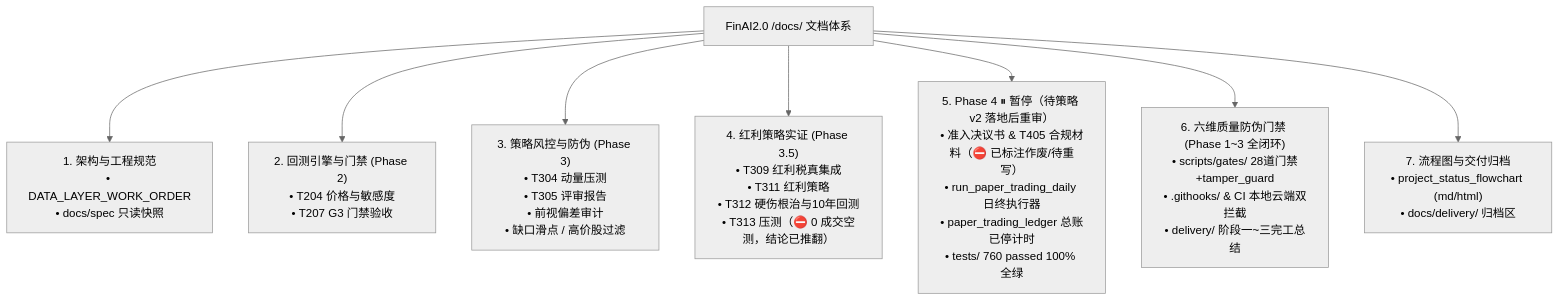
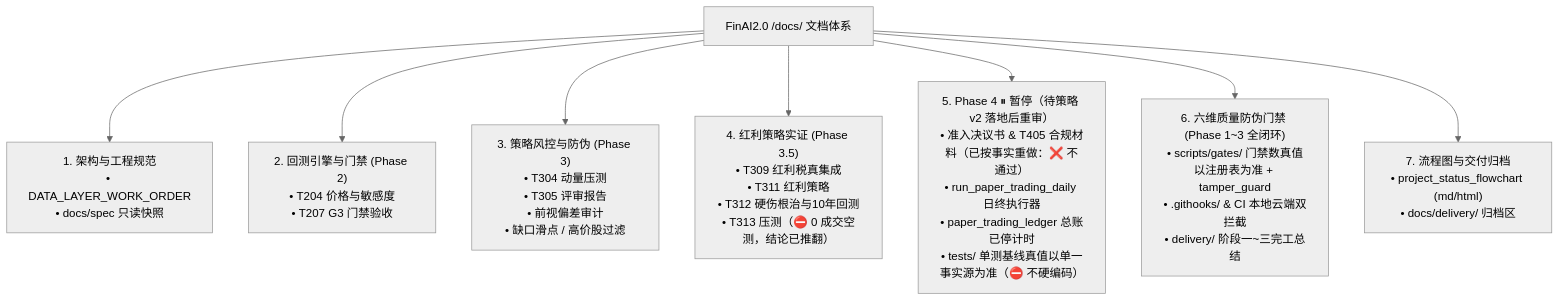
One commit to YZml1507/FinAI2.0 changed the diagram in docs/README.md. Above: the diagram before and after it, drawn with Mermaid (neutral theme). The commit also changed other lines of this file and 14 other files, not shown here.

````diff
--- a/docs/README.md
+++ b/docs/README.md
@@ -13,12 +13,12 @@
 ```mermaid
 flowchart TD
   DOCS["FinAI2.0 /docs/ 文档体系"]
   
   DOCS --> D1["1. 架构与工程规范<br/>• DATA_LAYER_WORK_ORDER<br/>• docs/spec 只读快照"]
   DOCS --> D2["2. 回测引擎与门禁 (Phase 2)<br/>• T204 价格与敏感度<br/>• T207 G3 门禁验收"]
   DOCS --> D3["3. 策略风控与防伪 (Phase 3)<br/>• T304 动量压测<br/>• T305 评审报告<br/>• 前视偏差审计<br/>• 缺口滑点 / 高价股过滤"]
   DOCS --> D4["4. 红利策略实证 (Phase 3.5)<br/>• T309 红利税真集成<br/>• T311 红利策略<br/>• T312 硬伤根治与10年回测<br/>• T313 压测（⛔ 0 成交空测，结论已推翻）"]
-  DOCS --> D5["5. Phase 4 ⏸ 暂停（待策略 v2 落地后重审）<br/>• 准入决议书 & T405 合规材料（⛔ 已标注作废/待重写）<br/>• run_paper_trading_daily 日终执行器<br/>• paper_trading_ledger 总账已停计时<br/>• tests/ 760 passed 100% 全绿"]
-  DOCS --> D6["6. 六维质量防伪门禁 (Phase 1~3 全闭环)<br/>• scripts/gates/ 28道门禁+tamper_guard<br/>• .githooks/ & CI 本地云端双拦截<br/>• delivery/ 阶段一~三完工总结"]
+  DOCS --> D5["5. Phase 4 ⏸ 暂停（待策略 v2 落地后重审）<br/>• 准入决议书 & T405 合规材料（已按事实重做：❌ 不通过）<br/>• run_paper_trading_daily 日终执行器<br/>• paper_trading_ledger 总账已停计时<br/>• tests/ 单测基线真值以单一事实源为准（⛔ 不硬编码）"]
+  DOCS --> D6["6. 六维质量防伪门禁 (Phase 1~3 全闭环)<br/>• scripts/gates/ 门禁数真值以注册表为准 + tamper_guard<br/>• .githooks/ & CI 本地云端双拦截<br/>• delivery/ 阶段一~三完工总结"]
   DOCS --> D7["7. 流程图与交付归档<br/>• project_status_flowchart (md/html)<br/>• docs/delivery/ 归档区"]
 ```
````
